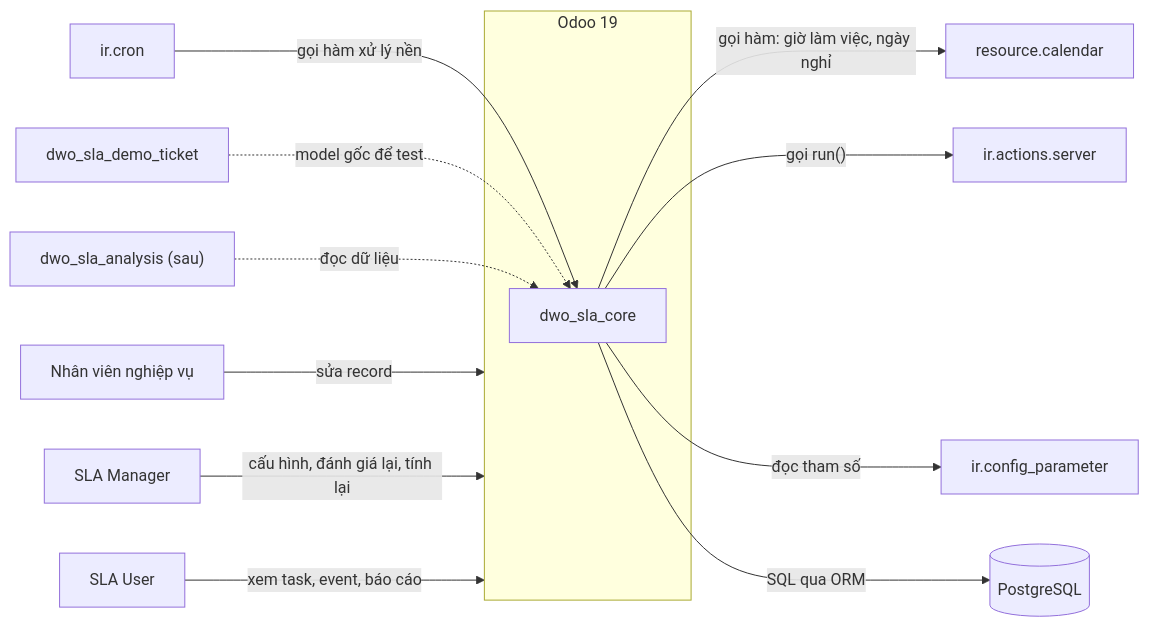
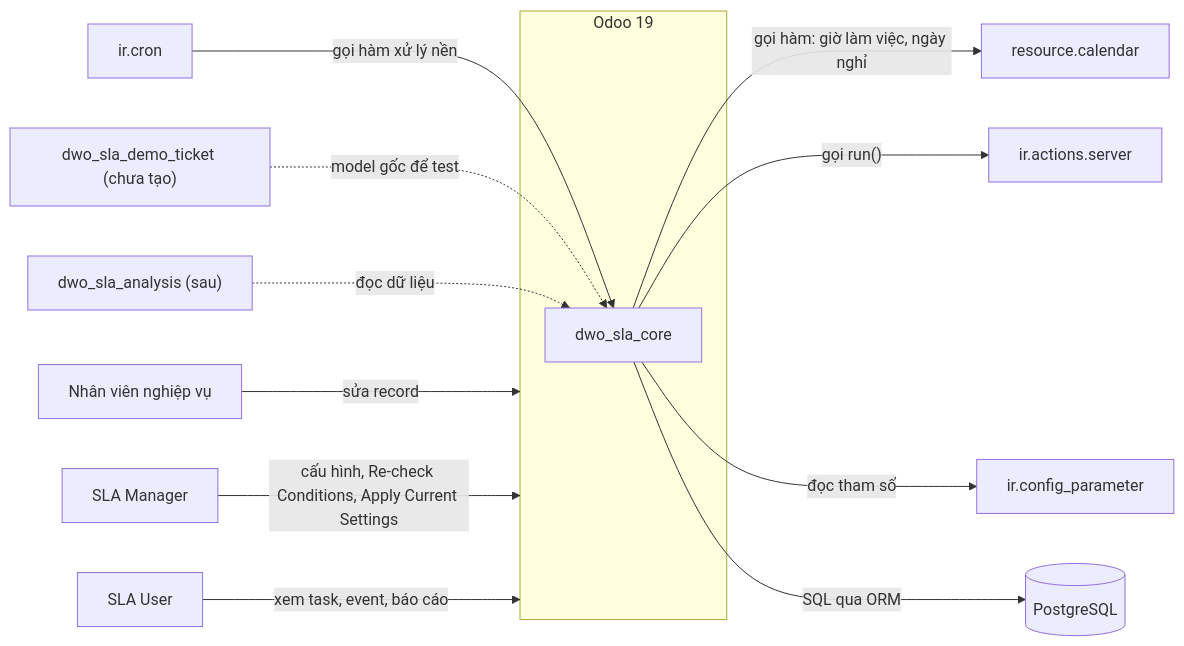
The first of 10 diagrams in dwo_sla_core/docs/020_Technical-Architecture-Document.md (tienhieuD/odoo_custom_addons), drawn with Mermaid before and after one commit. The commit also changed other lines of this file and 7 other files, not shown here.

First line of the commit message:
dwo_sla_core 19: test design/case specs for 1.1.0, SRS REQ-IDs, TAD/DB design aligned with code

````diff
--- a/dwo_sla_core/docs/020_Technical-Architecture-Document.md
+++ b/dwo_sla_core/docs/020_Technical-Architecture-Document.md
@@ -94,16 +99,16 @@
 ```mermaid
 flowchart LR
   U["Nhân viên nghiệp vụ"] -->|sửa record| ODOO
-  M["SLA Manager"] -->|cấu hình, đánh giá lại, tính lại| ODOO
+  M["SLA Manager"] -->|cấu hình, Re-check Conditions, Apply Current Settings| ODOO
   V["SLA User"] -->|xem task, event, báo cáo| ODOO
   subgraph ODOO["Odoo 19"]
     SLA["dwo_sla_core"]
   end
   SLA -->|"gọi hàm: giờ làm việc, ngày nghỉ"| RC["resource.calendar"]
   SLA -->|"gọi run()"| SA["ir.actions.server"]
   SLA -->|"đọc tham số"| CP["ir.config_parameter"]
   SLA -->|"SQL qua ORM"| PG[("PostgreSQL")]
   CRON["ir.cron"] -->|"gọi hàm xử lý nền"| SLA
-  DEMO["dwo_sla_demo_ticket"] -. model gốc để test .-> SLA
+  DEMO["dwo_sla_demo_ticket (chưa tạo)"] -. model gốc để test .-> SLA
   ANA["dwo_sla_analysis (sau)"] -. đọc dữ liệu .-> SLA
 ```
````
